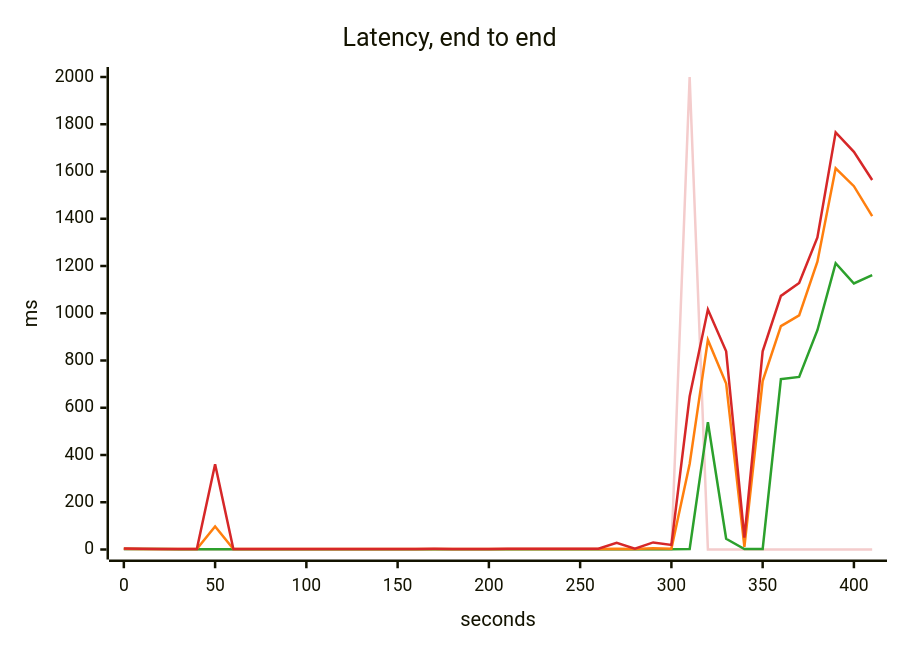
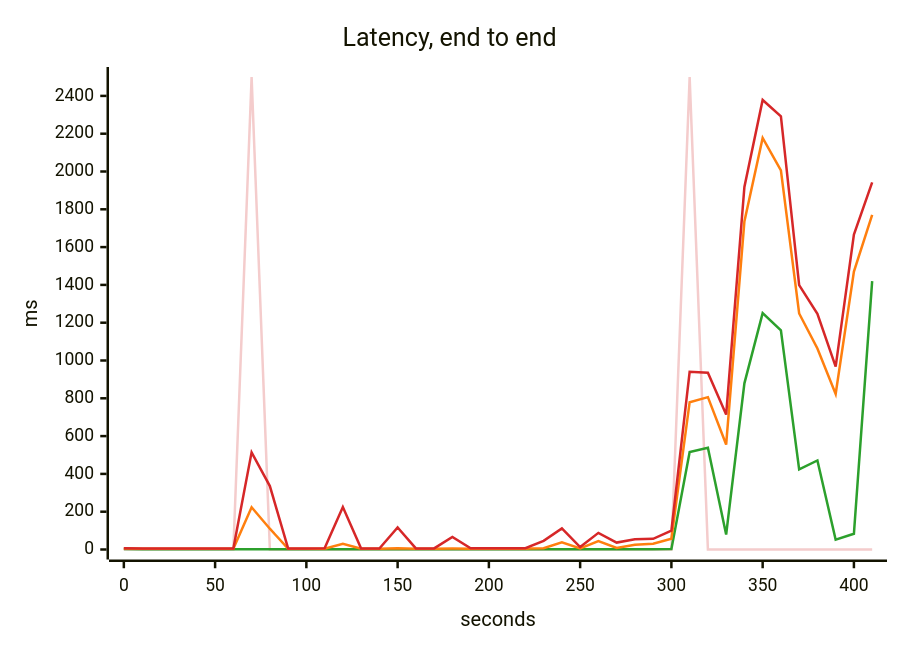
One commit to akinfemi/load-lore changed the third of 5 diagrams in scenarios/when-to-scale-your-database/solutions/one-query-per-page/report.md. Above: the diagram before and after it, drawn with Mermaid. The commit also changed other lines of this file and 125 other files, not shown here.

````diff
--- a/scenarios/when-to-scale-your-database/solutions/one-query-per-page/report.md
+++ b/scenarios/when-to-scale-your-database/solutions/one-query-per-page/report.md
@@ -59,17 +58,17 @@
 ```mermaid
 ---
 config:
   themeVariables:
     xyChart:
       backgroundColor: "transparent"
       plotColorPalette: "#f4cccc, #2ca02c, #ff7f0e, #d62728"
 ---
 xychart-beta
     title "Latency, end to end"
     x-axis "seconds" 0 --> 410
-    y-axis "ms" 0 --> 2000
-    line [0, 0, 0, 0, 0, 0, 0, 0, 0, 0, 0, 0, 0, 0, 0, 0, 0, 0, 0, 0, 0, 0, 0, 0, 0, 0, 0, 0, 0, 0, 0, 2000, 0, 0, 0, 0, 0, 0, 0, 0, 0, 0]
-    line [1.973, 1.641, 1.592, 1.572, 1.55, 1.535, 1.411, 1.414, 1.413, 1.407, 1.403, 1.397, 1.391, 1.386, 1.384, 1.384, 1.379, 1.381, 1.381, 1.381, 1.388, 1.385, 1.393, 1.403, 1.417, 1.445, 1.474, 1.497, 1.521, 1.569, 1.583, 1.747, 538.594, 45.46, 1.591, 1.614, 721.31, 730.472, 928.208, 1211.519, 1125.975, 1161.405]
-    line [2.724, 2.298, 2.119, 2.071, 2.054, 97.639, 1.887, 1.922, 1.912, 1.891, 1.871, 1.851, 1.854, 1.856, 1.87, 1.882, 1.893, 1.918, 1.891, 1.901, 1.922, 1.926, 1.946, 1.973, 2.005, 2.052, 2.132, 3.16, 2.294, 5.728, 3.34, 361.792, 887.122, 702.871, 11.621, 712.894, 945.738, 991.22, 1218.431, 1613.634, 1537.769, 1411.072]
-    line [3.777, 2.716, 2.478, 2.441, 2.425, 360.771, 2.23, 2.443, 2.582, 2.289, 2.237, 2.207, 2.172, 2.194, 2.291, 2.424, 2.473, 2.746, 2.633, 2.477, 2.594, 2.769, 2.677, 2.795, 2.748, 2.821, 2.954, 28.235, 3.945, 29.951, 19.52, 647.599, 1015.781, 838.873, 49.813, 838.755, 1073.479, 1128.174, 1320.863, 1765.541, 1683.369, 1563.958]
+    y-axis "ms" 0 --> 2500
+    line [0, 0, 0, 0, 0, 0, 0, 2500, 0, 0, 0, 0, 0, 0, 0, 0, 0, 0, 0, 0, 0, 0, 0, 0, 0, 0, 0, 0, 0, 0, 0, 2500, 0, 0, 0, 0, 0, 0, 0, 0, 0, 0]
+    line [2.409, 1.807, 1.596, 1.581, 1.55, 1.517, 1.501, 1.537, 1.757, 1.452, 1.413, 1.474, 1.464, 1.4, 1.398, 1.417, 1.408, 1.427, 1.457, 1.445, 1.465, 1.487, 1.493, 1.594, 1.615, 1.594, 1.738, 1.705, 1.773, 1.842, 2.151, 515.501, 538.681, 79.203, 879.194, 1250.566, 1159.158, 424.149, 471.222, 52.022, 83.464, 1420.204]
+    line [5.409, 4.538, 4.204, 4.244, 4.14, 4.156, 4.124, 223.699, 110.077, 4.187, 4.029, 4.403, 30.365, 3.959, 4.046, 5.955, 4.22, 4.128, 5.109, 4.446, 4.458, 4.545, 4.599, 6.562, 38.059, 5.438, 44.558, 8.14, 25.099, 30.472, 57.278, 779.454, 805.986, 555.227, 1735.822, 2177.891, 2006.118, 1248.874, 1063.847, 823.27, 1470.246, 1770.178]
+    line [7.157, 5.776, 5.852, 5.675, 5.386, 5.377, 5.456, 513.878, 335.752, 5.912, 5.364, 7.022, 224.755, 5.313, 5.446, 116.363, 5.73, 5.706, 66.01, 6.366, 6.011, 6.403, 6.583, 45.633, 111.874, 12.961, 87.933, 36.54, 54.1, 56.242, 100.02, 939.832, 934.93, 714.093, 1918.3, 2378.344, 2292.249, 1398.951, 1247.144, 967.458, 1666.484, 1942.761]
 ```
````
